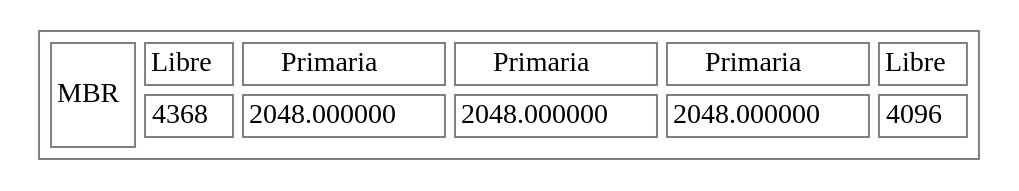
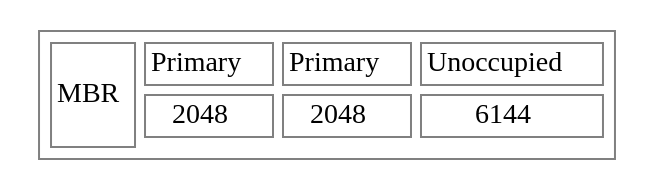
Before and after one commit to erick-alvarado/MIA-P1: the diagram in Main/DSK.dot, drawn with Graphviz. The commit also changed 5 other files, not shown here.

```diff
--- a/Main/DSK.dot
+++ b/Main/DSK.dot
@@ -1,22 +1,18 @@
 digraph test {
  parent [ 
  shape=plaintext 
  label=< 
  <table color='grey' border='1' cellborder='1' cellspacing='5'> 
  <tr>
 <td rowspan='3'>MBR</td>
-<td rowspan='1'>Libre</td>
-<td rowspan='1'>Primaria</td>
-<td rowspan='1'>Primaria</td>
-<td rowspan='1'>Primaria</td>
-<td rowspan='1'>Libre</td>
+<td rowspan='1'>Primary</td>
+<td rowspan='1'>Primary</td>
+<td rowspan='1'>Unoccupied</td>
 </tr>
-<tr><td>4368</td>
-<td>2048.000000</td>
-<td>2048.000000</td>
-<td>2048.000000</td>
-<td>4096</td>
+<tr><td>2048</td>
+<td>2048</td>
+<td>6144</td>
 </tr>
 </table>
  >]; 
  }
```
